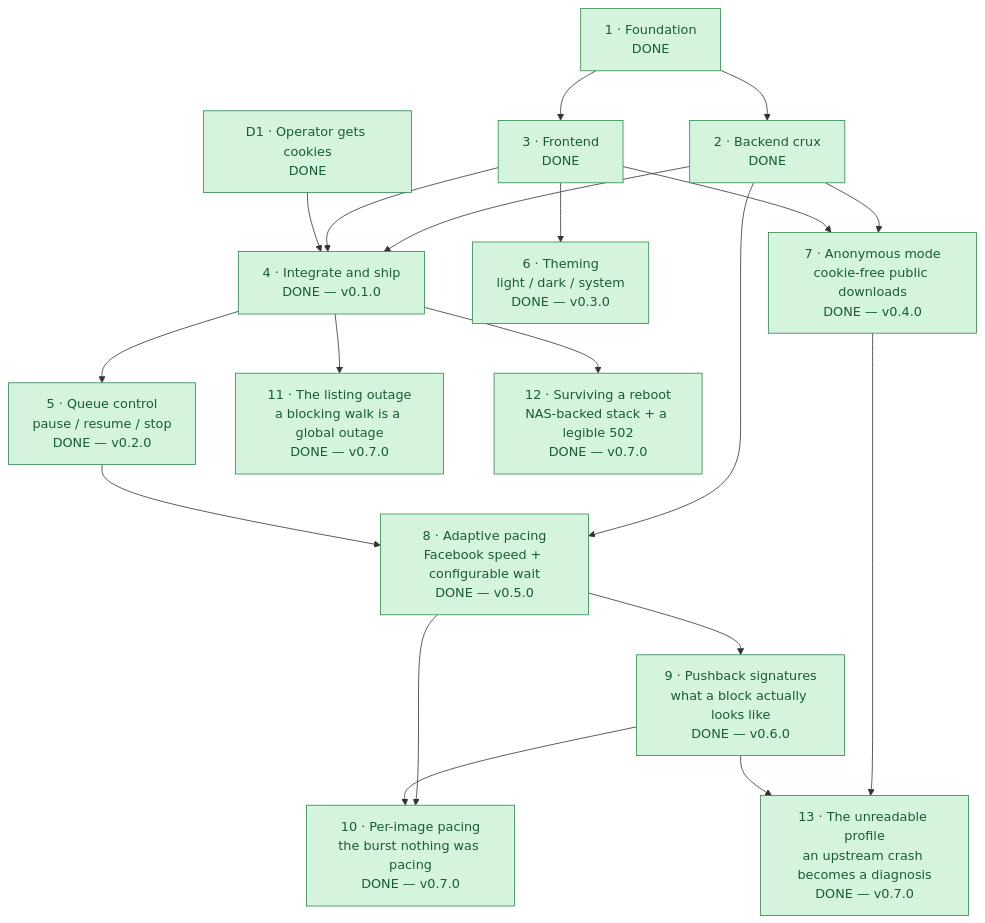
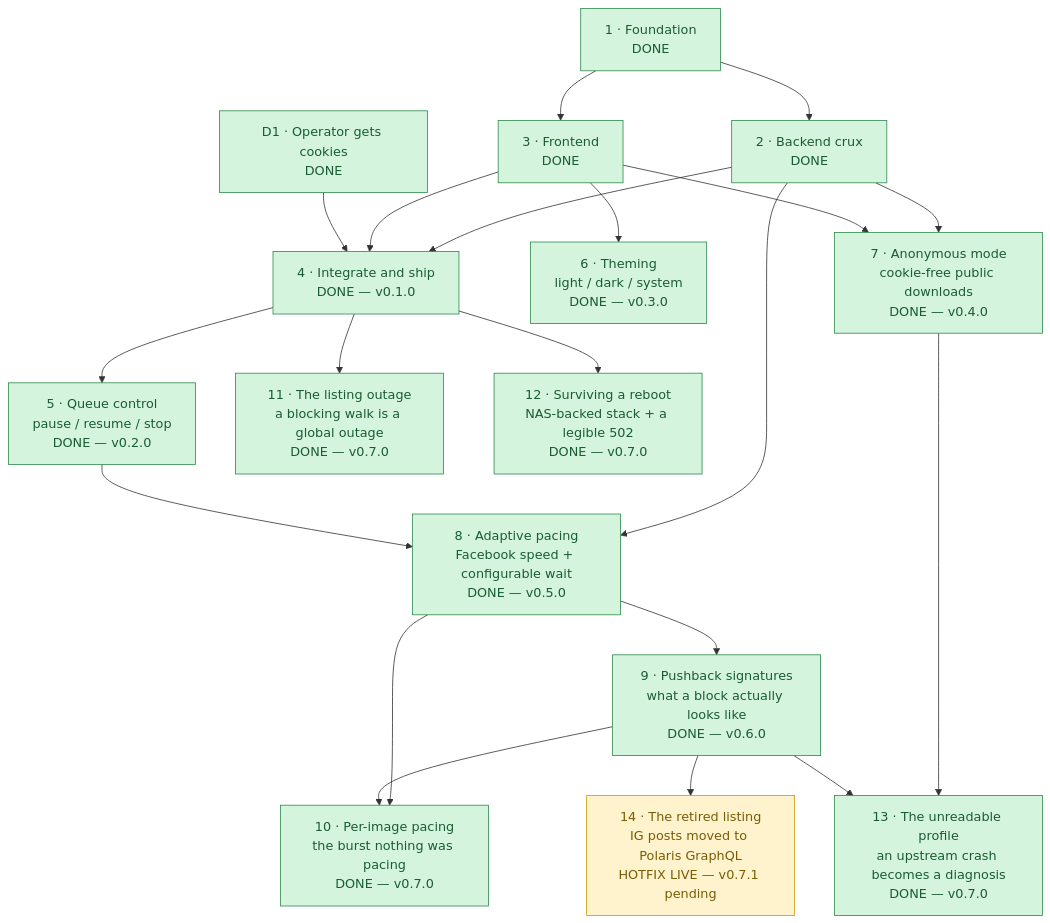
One commit to lumduan/gallery-dl-web changed the diagram in ROADMAP.md. Above: the diagram before and after it, drawn with Mermaid. The commit also changed other lines of this file and 15 other files, not shown here.

First line of the commit message:
fix(instagram): bump gallery-dl to 1.32.15 — Instagram retired the REST posts listing (#50)

````diff
--- a/ROADMAP.md
+++ b/ROADMAP.md
@@ -8,40 +8,42 @@
 ```mermaid
 flowchart TD
     P1["1 · Foundation<br/>DONE"] --> P2["2 · Backend crux<br/>DONE"]
     P1 --> P3["3 · Frontend<br/>DONE"]
     P2 --> P4["4 · Integrate and ship<br/>DONE — v0.1.0"]
     P3 --> P4
     D1["D1 · Operator gets cookies<br/>DONE"] --> P4
     P4 --> P5["5 · Queue control<br/>pause / resume / stop<br/>DONE — v0.2.0"]
     P3 --> P6["6 · Theming<br/>light / dark / system<br/>DONE — v0.3.0"]
     P2 --> P7["7 · Anonymous mode<br/>cookie-free public downloads<br/>DONE — v0.4.0"]
     P3 --> P7
     P2 --> P8["8 · Adaptive pacing<br/>Facebook speed + configurable wait<br/>DONE — v0.5.0"]
     P5 --> P8
     P8 --> P9["9 · Pushback signatures<br/>what a block actually looks like<br/>DONE — v0.6.0"]
     P8 --> P10["10 · Per-image pacing<br/>the burst nothing was pacing<br/>DONE — v0.7.0"]
     P9 --> P10
     P4 --> P11["11 · The listing outage<br/>a blocking walk is a global outage<br/>DONE — v0.7.0"]
     P4 --> P12["12 · Surviving a reboot<br/>NAS-backed stack + a legible 502<br/>DONE — v0.7.0"]
     P7 --> P13["13 · The unreadable profile<br/>an upstream crash becomes a diagnosis<br/>DONE — v0.7.0"]
     P9 --> P13
+    P9 --> P14["14 · The retired listing<br/>IG posts moved to Polaris GraphQL<br/>HOTFIX LIVE — v0.7.1 pending"]
 
     classDef done     fill:#d4f4dd,stroke:#2d8a4e,color:#1a5c33
     classDef active   fill:#fff3cd,stroke:#cc9a06,color:#7a5c04
     classDef decision fill:#fde0e0,stroke:#d05555,color:#8f2e2e
 
     class P9 done
     class P10 done
     class P11 done
     class P12 done
     class P13 done
+    class P14 active
     class P1 done
     class P2 done
     class P3 done
     class P4 done
     class P5 done
     class P6 done
     class D1 done
     class P7 done
     class P8 done
 ```
````
